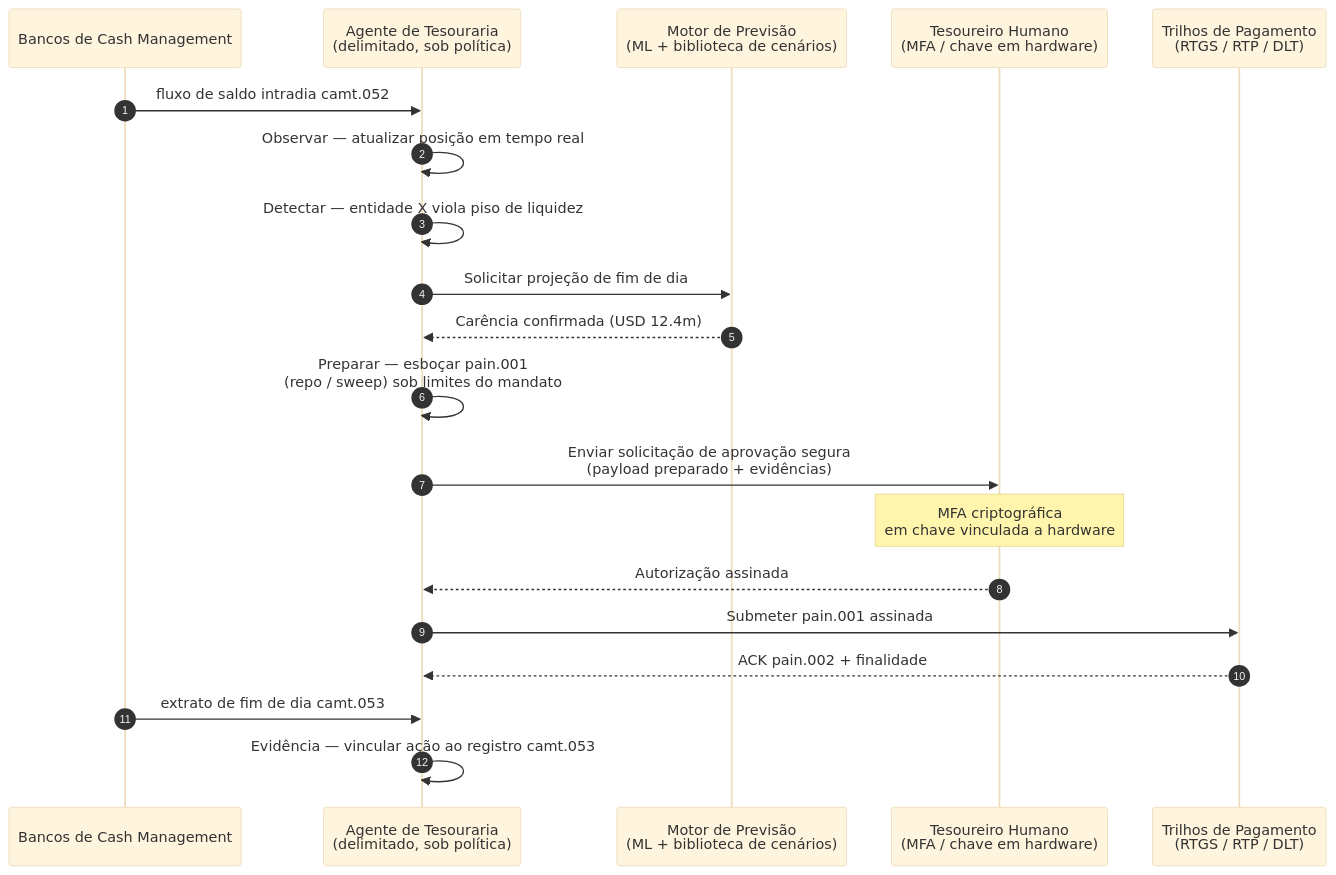
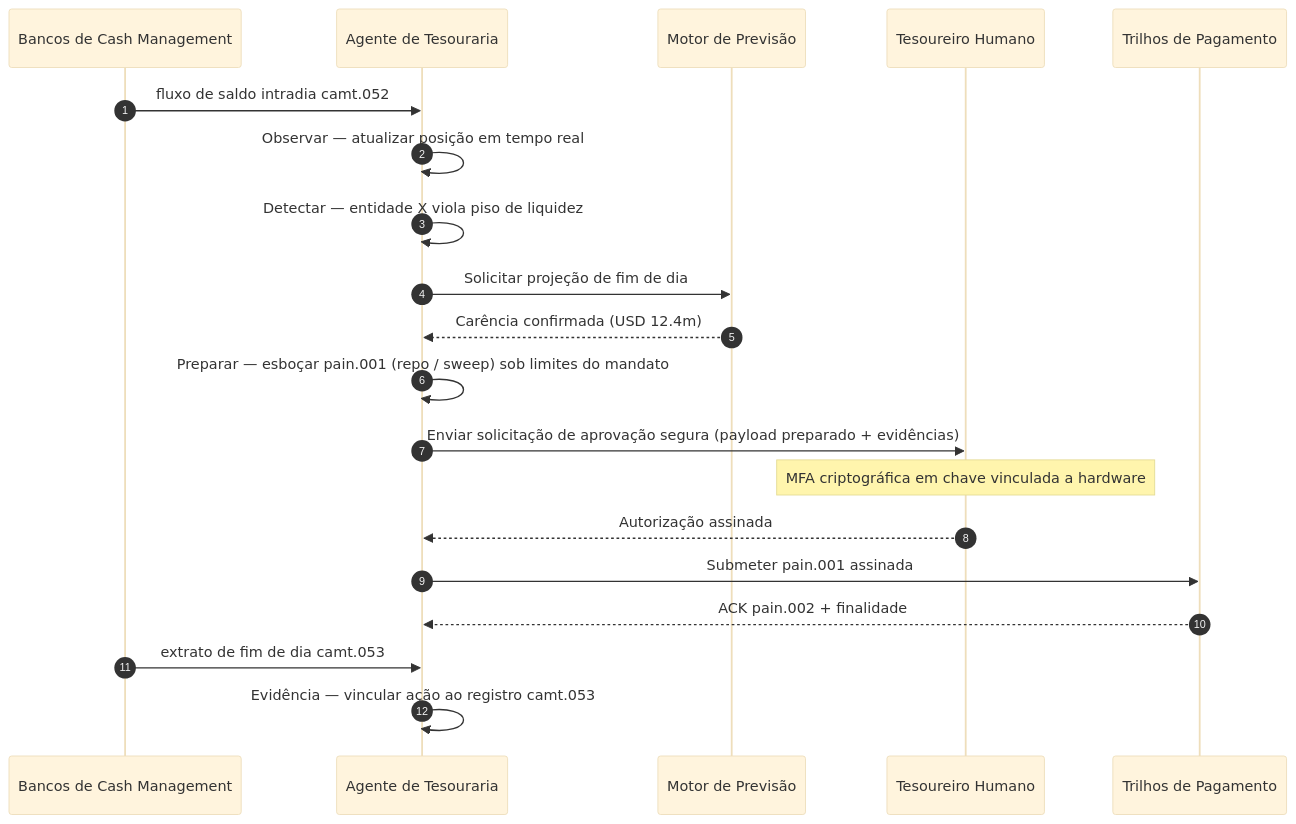
The diagram in _posts/pt-br/2026-06-07-autonomous-treasury-index-programmable-liquidity-tokenised-deposits-2026.md (sebastienrousseau/sebastienrousseau.github.io), drawn with Mermaid (base theme) before and after one commit. The commit also changed 2231 other files, not shown here.

First line of the commit message:
fix(mermaid): unblock Mermaid v10 rendering end-to-end (#198)

````diff
--- a/_posts/pt-br/2026-06-07-autonomous-treasury-index-programmable-liquidity-tokenised-deposits-2026.md
+++ b/_posts/pt-br/2026-06-07-autonomous-treasury-index-programmable-liquidity-tokenised-deposits-2026.md
@@ -154,23 +154,22 @@
 ```mermaid
 sequenceDiagram
     autonumber
     participant Banks as Bancos de Cash Management
-    participant Agent as Agente de Tesouraria<br/>(delimitado, sob política)
-    participant Forecast as Motor de Previsão<br/>(ML + biblioteca de cenários)
-    participant Treasurer as Tesoureiro Humano<br/>(MFA / chave em hardware)
-    participant Rails as Trilhos de Pagamento<br/>(RTGS / RTP / DLT)
-
+    participant Agent as Agente de Tesouraria
+    participant Forecast as Motor de Previsão
+    participant Treasurer as Tesoureiro Humano
+    participant Rails as Trilhos de Pagamento
     Banks->>Agent: fluxo de saldo intradia camt.052
     Agent->>Agent: Observar — atualizar posição em tempo real
     Agent->>Agent: Detectar — entidade X viola piso de liquidez
     Agent->>Forecast: Solicitar projeção de fim de dia
     Forecast-->>Agent: Carência confirmada (USD 12.4m)
-    Agent->>Agent: Preparar — esboçar pain.001<br/>(repo / sweep) sob limites do mandato
-    Agent->>Treasurer: Enviar solicitação de aprovação segura<br/>(payload preparado + evidências)
-    Note over Treasurer: MFA criptográfica<br/>em chave vinculada a hardware
+    Agent->>Agent: Preparar — esboçar pain.001 (repo / sweep) sob limites do mandato
+    Agent->>Treasurer: Enviar solicitação de aprovação segura (payload preparado + evidências)
+    Note over Treasurer: MFA criptográfica em chave vinculada a hardware
     Treasurer-->>Agent: Autorização assinada
     Agent->>Rails: Submeter pain.001 assinada
     Rails-->>Agent: ACK pain.002 + finalidade
     Banks->>Agent: extrato de fim de dia camt.053
     Agent->>Agent: Evidência — vincular ação ao registro camt.053
 ```
````
